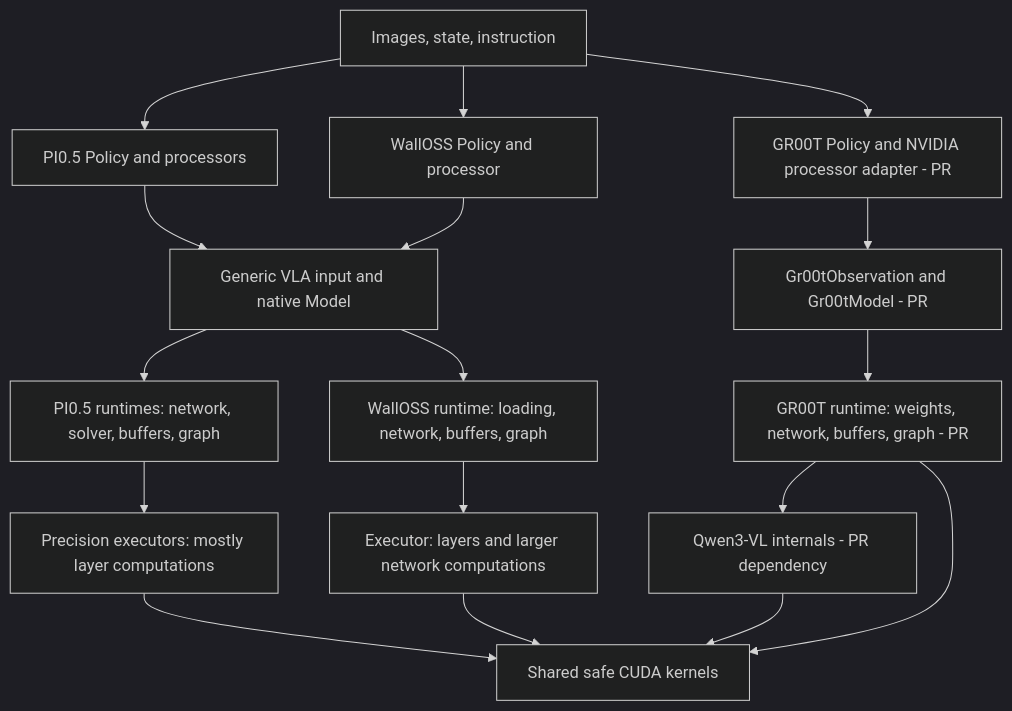
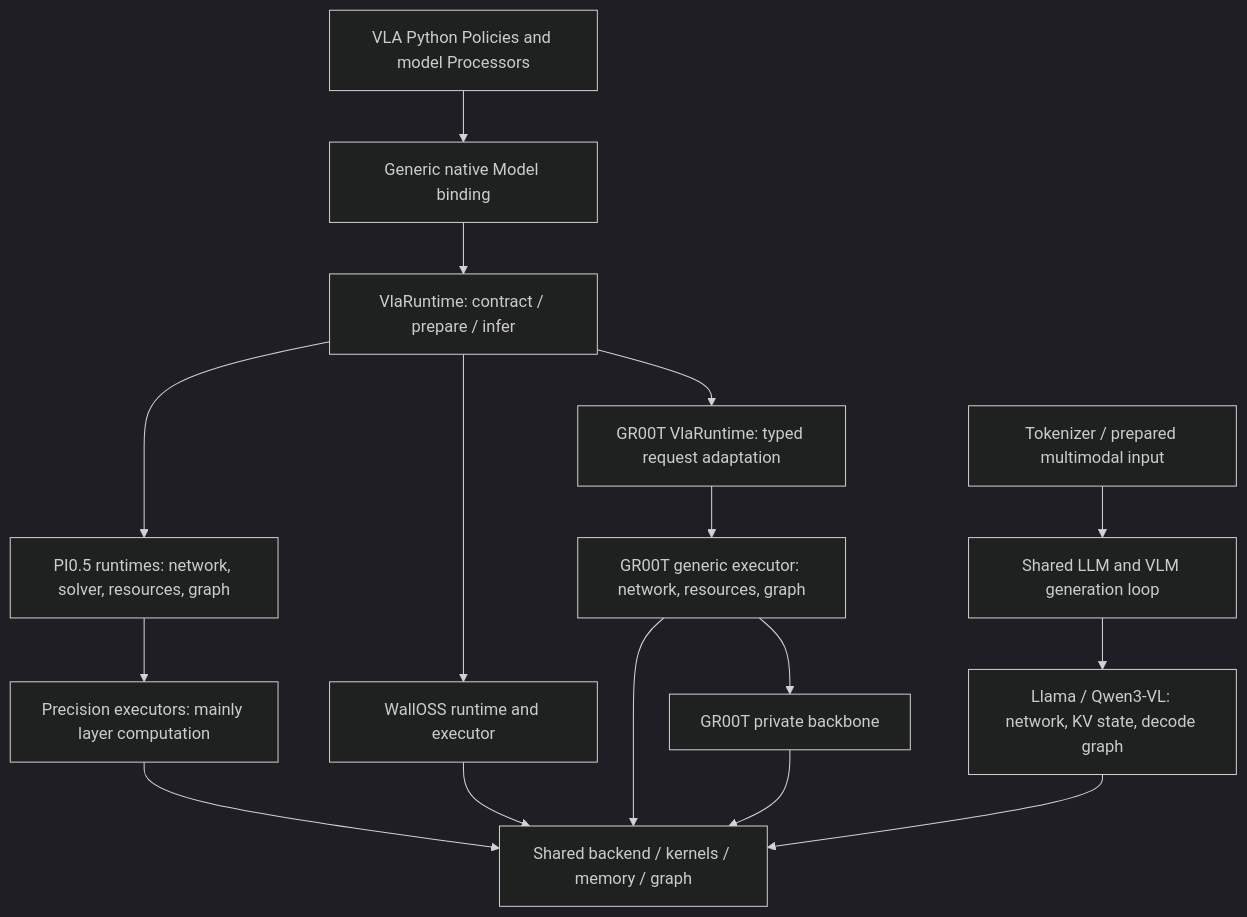
The first of 2 diagrams in doc/model-lifecycle/architecture.md (infinigence/ApxInf), drawn with Mermaid (dark theme) before and after one commit. The commit also changed other lines of this file and 3 other files, not shown here.

````diff
--- a/doc/model-lifecycle/architecture.md
+++ b/doc/model-lifecycle/architecture.md
@@ -24,19 +16,18 @@
 ```mermaid
 flowchart TB
-    O[Images, state, instruction] --> P[PI0.5 Policy and processors]
-    O --> W[WallOSS Policy and processor]
-    O --> G[GR00T Policy and NVIDIA processor adapter - PR]
-    P --> V[Generic VLA input and native Model]
-    W --> V
-    G --> GI[Gr00tObservation and Gr00tModel - PR]
-    V --> PR[PI0.5 runtimes: network, solver, buffers, graph]
-    V --> WR[WallOSS runtime: loading, network, buffers, graph]
-    GI --> GR[GR00T runtime: weights, network, buffers, graph - PR]
-    PR --> PE[Precision executors: mostly layer computations]
-    WR --> WE[Executor: layers and larger network computations]
-    GR --> Q[Qwen3-VL internals - PR dependency]
-    PE --> K[Shared safe CUDA kernels]
-    WE --> K
-    Q --> K
-    GR --> K
+    VLA[VLA Python Policies and model Processors] --> PY[Generic native Model binding]
+    PY --> VR[VlaRuntime: contract / prepare / infer]
+    VR --> PI[PI0.5 runtimes: network, solver, resources, graph]
+    PI --> PE[Precision executors: mainly layer computation]
+    VR --> WA[WallOSS runtime and executor]
+    VR --> GA[GR00T VlaRuntime: typed request adaptation]
+    GA --> GE[GR00T generic executor: network, resources, graph]
+    GE --> GB[GR00T private backbone]
+    TEXT[Tokenizer / prepared multimodal input] --> LOOP[Shared LLM and VLM generation loop]
+    LOOP --> LM[Llama / Qwen3-VL: network, KV state, decode graph]
+    PE --> BE[Shared backend / kernels / memory / graph]
+    WA --> BE
+    GE --> BE
+    GB --> BE
+    LM --> BE
 ```
````
